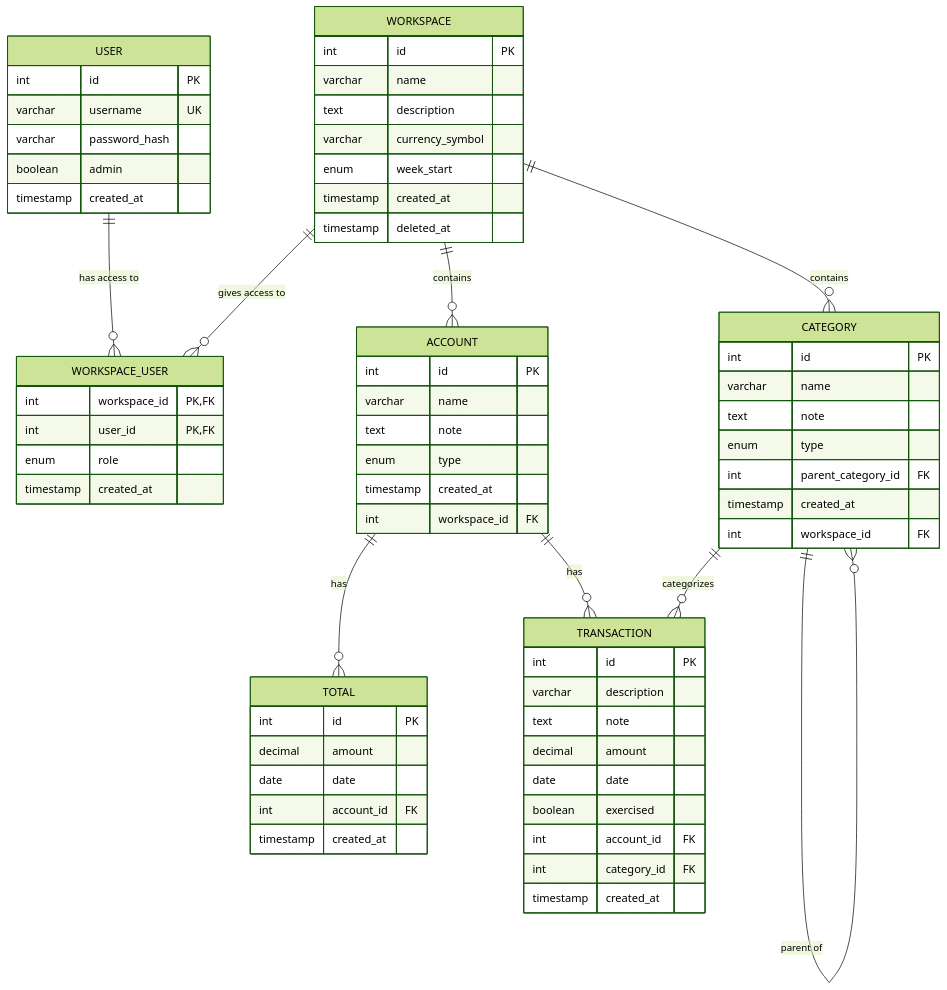
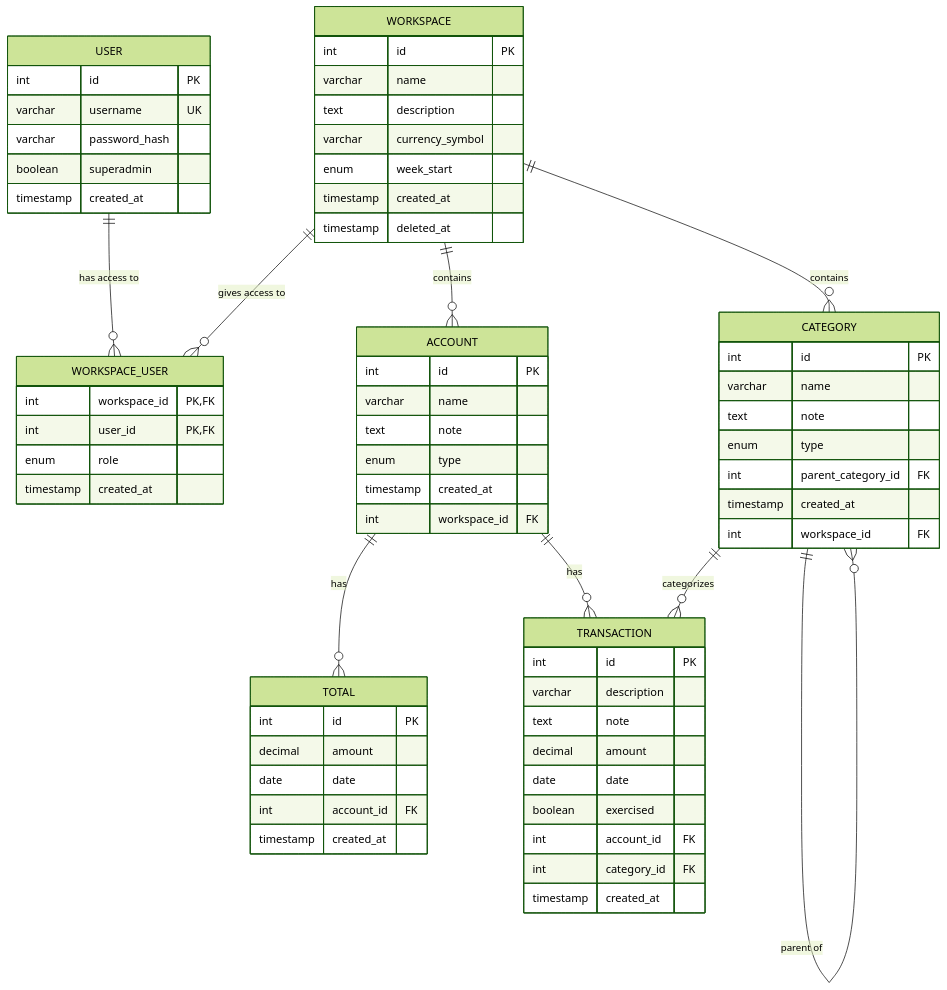
Before and after one commit to levhita/tomas: the diagram in api/db/diagram.md, drawn with Mermaid (forest theme).

Commit message:
updated fieldname to superadmin

````diff
--- a/api/db/diagram.md
+++ b/api/db/diagram.md
@@ -2,75 +2,75 @@
 ```mermaid
 erDiagram
     USER {
         int id PK
         varchar username UK
         varchar password_hash
-        boolean admin
+        boolean superadmin
         timestamp created_at
     }
     
     WORKSPACE {
         int id PK
         varchar name
         text description
         varchar currency_symbol
         enum week_start
         timestamp created_at
         timestamp deleted_at
     }
     
     WORKSPACE_USER {
         int workspace_id PK,FK
         int user_id PK,FK
         enum role
         timestamp created_at
     }
     
     ACCOUNT {
         int id PK
         varchar name
         text note
         enum type
         timestamp created_at
         int workspace_id FK
     }
     
     TOTAL {
         int id PK
         decimal amount
         date date
         int account_id FK
         timestamp created_at
     }
     
     CATEGORY {
         int id PK
         varchar name
         text note
         enum type
         int parent_category_id FK
         timestamp created_at
         int workspace_id FK
     }
     
     TRANSACTION {
         int id PK
         varchar description
         text note
         decimal amount
         date date
         boolean exercised
         int account_id FK
         int category_id FK
         timestamp created_at
     }
     
     USER ||--o{ WORKSPACE_USER : "has access to"
     WORKSPACE ||--o{ WORKSPACE_USER : "gives access to"
     WORKSPACE ||--o{ ACCOUNT : "contains"
     WORKSPACE ||--o{ CATEGORY : "contains"
     ACCOUNT ||--o{ TRANSACTION : "has"
     ACCOUNT ||--o{ TOTAL : "has"
     CATEGORY ||--o{ TRANSACTION : "categorizes"
     CATEGORY ||--o{ CATEGORY : "parent of"
 ```
````
